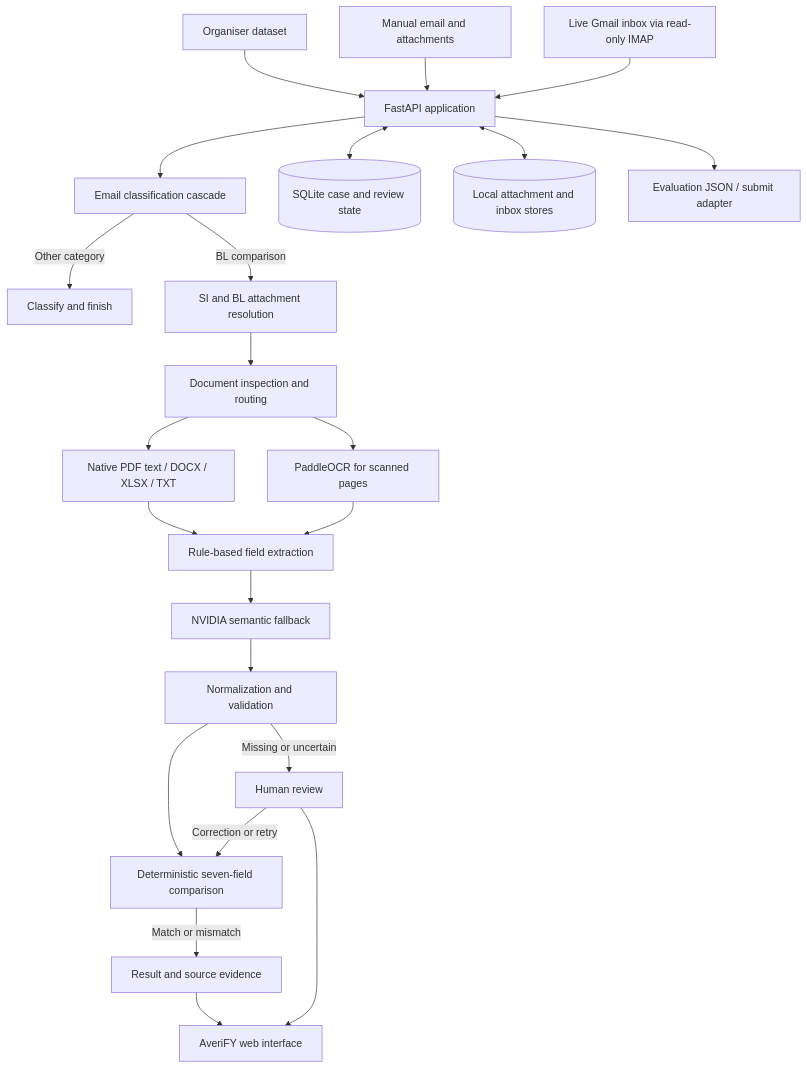
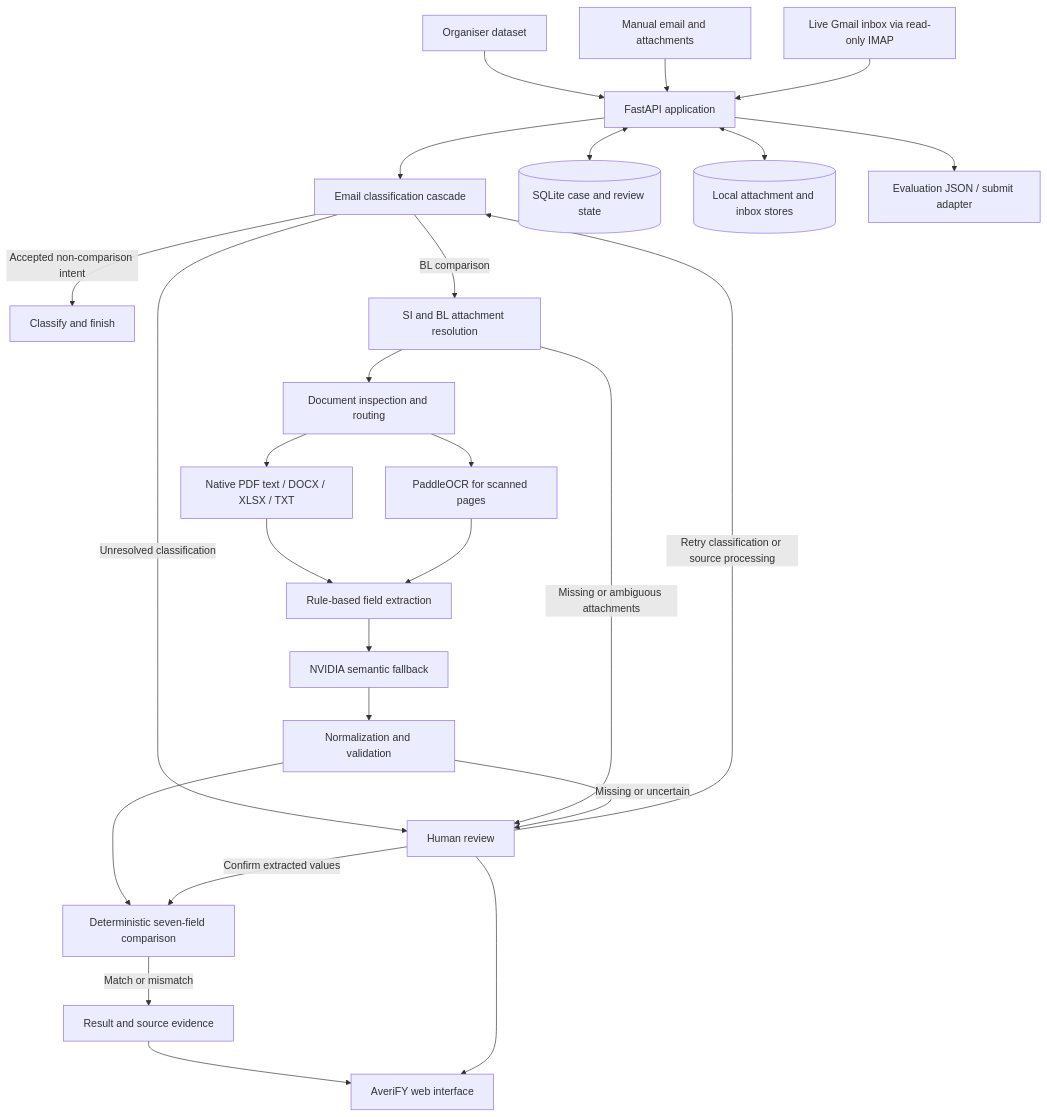
The diagram in README.md (29atly/averis-email), drawn with Mermaid before and after one commit. The commit also changed other lines of this file, not shown here.

````diff
--- a/README.md
+++ b/README.md
@@ -65,30 +69,33 @@
 ```mermaid
 flowchart TD
     A[Organiser dataset] --> D[FastAPI application]
     B[Manual email and attachments] --> D
     C[Live Gmail inbox via read-only IMAP] --> D
 
     D --> E[Email classification cascade]
-    E -->|Other category| F[Classify and finish]
+    E -->|Accepted non-comparison intent| F[Classify and finish]
+    E -->|Unresolved classification| O[Human review]
     E -->|BL comparison| G[SI and BL attachment resolution]
 
+    G -->|Missing or ambiguous attachments| O
     G --> H[Document inspection and routing]
     H --> I[Native PDF text / DOCX / XLSX / TXT]
     H --> J[PaddleOCR for scanned pages]
 
     I --> K[Rule-based field extraction]
     J --> K
     K --> L[NVIDIA semantic fallback]
     L --> M[Normalization and validation]
     M --> N[Deterministic seven-field comparison]
 
     M -->|Missing or uncertain| O[Human review]
     N -->|Match or mismatch| P[Result and source evidence]
-    O -->|Correction or retry| N
+    O -->|Retry classification or source processing| E
+    O -->|Confirm extracted values| N
 
     D <--> Q[(SQLite case and review state)]
     D <--> R[(Local attachment and inbox stores)]
     P --> S[AveriFY web interface]
     O --> S
     D --> T[Evaluation JSON / submit adapter]
 ```
````
